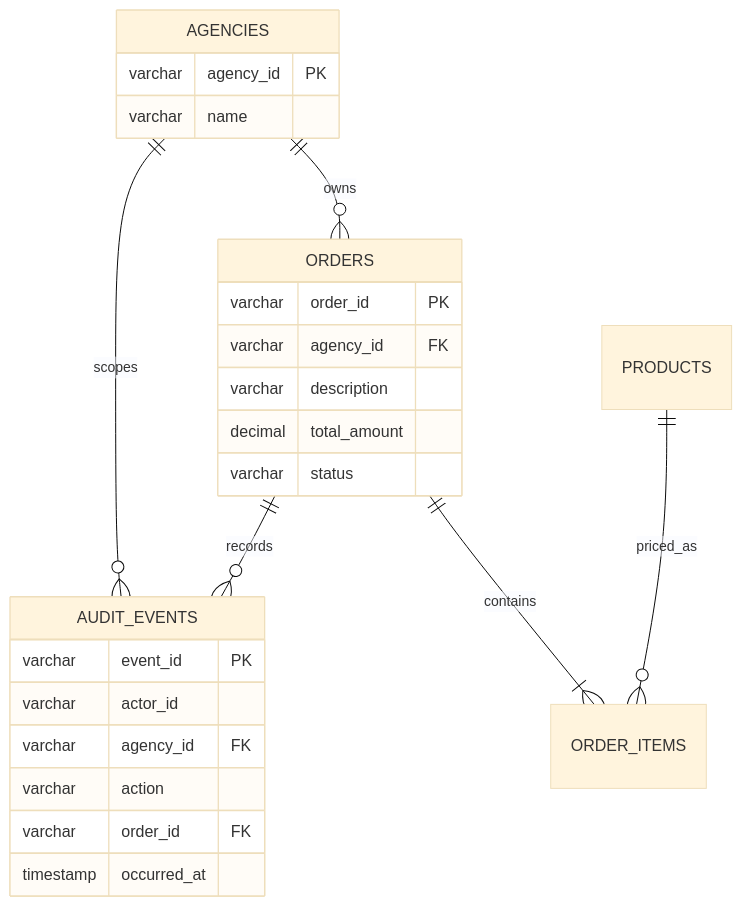
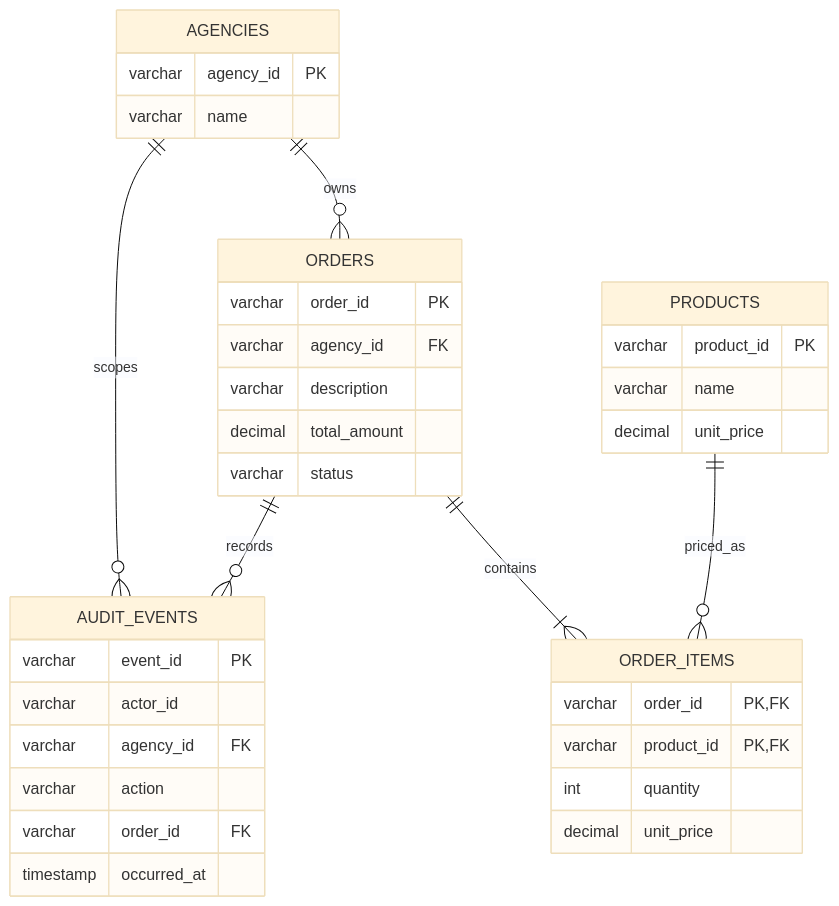
Before and after one commit to justinspratt07/secure-agency-orders: the second of 2 diagrams in docs/architecture.md, drawn with Mermaid (base theme). The commit also changed other lines of this file and 2 other files, not shown here.

Commit message:
Polish schema diagram and workflow formatting

````diff
--- a/docs/architecture.md
+++ b/docs/architecture.md
@@ -23,51 +16,38 @@
 ```mermaid
-
 erDiagram
-
     AGENCIES ||--o{ ORDERS : owns
-
     AGENCIES ||--o{ AUDIT_EVENTS : scopes
-
     ORDERS ||--o{ AUDIT_EVENTS : records
     ORDERS ||--|{ ORDER_ITEMS : contains
     PRODUCTS ||--o{ ORDER_ITEMS : priced_as
-
+    PRODUCTS {
+        varchar product_id PK
+        varchar name
+        decimal unit_price
+    }
+    ORDER_ITEMS {
+        varchar order_id PK,FK
+        varchar product_id PK,FK
+        int quantity
+        decimal unit_price
+    }
     AGENCIES {
-
         varchar agency_id PK
-
         varchar name
-
     }
-
     ORDERS {
-
         varchar order_id PK
-
         varchar agency_id FK
-
         varchar description
-
         decimal total_amount
-
         varchar status
-
     }
-
     AUDIT_EVENTS {
-
         varchar event_id PK
-
         varchar actor_id
-
         varchar agency_id FK
-
         varchar action
-
         varchar order_id FK
-
         timestamp occurred_at
-
     }
-
 ```
````
